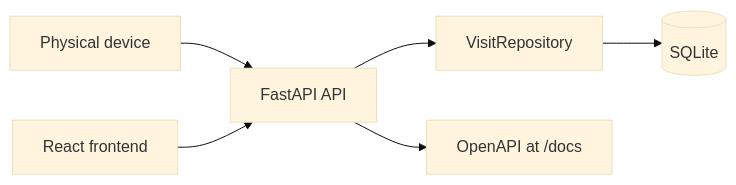
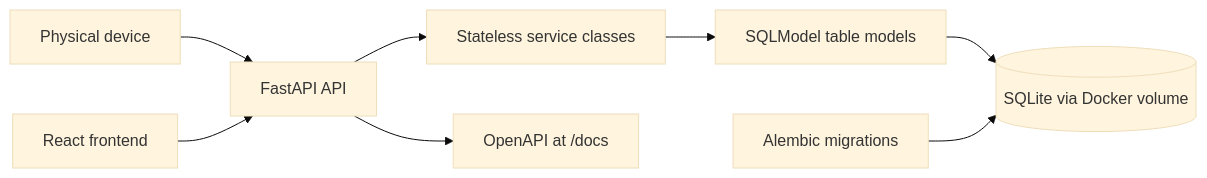
One commit to pclararobles/tree-nation-visits changed the diagram in README.md. Above: the diagram before and after it, drawn with Mermaid (base theme). The commit also changed other lines of this file and 1 other file, not shown here.

````diff
--- a/README.md
+++ b/README.md
@@ -69,8 +84,10 @@
 ```mermaid
 flowchart LR
     Device["Physical device"] --> API["FastAPI API"]
-    API --> Repo["VisitRepository"]
-    Repo --> DB[("SQLite")]
+    API --> Services["Stateless service classes"]
+    Services --> Models["SQLModel table models"]
+    Models --> DB[("SQLite via Docker volume")]
+    Alembic["Alembic migrations"] --> DB
     Frontend["React frontend"] --> API
     API --> Docs["OpenAPI at /docs"]
 ```
````
